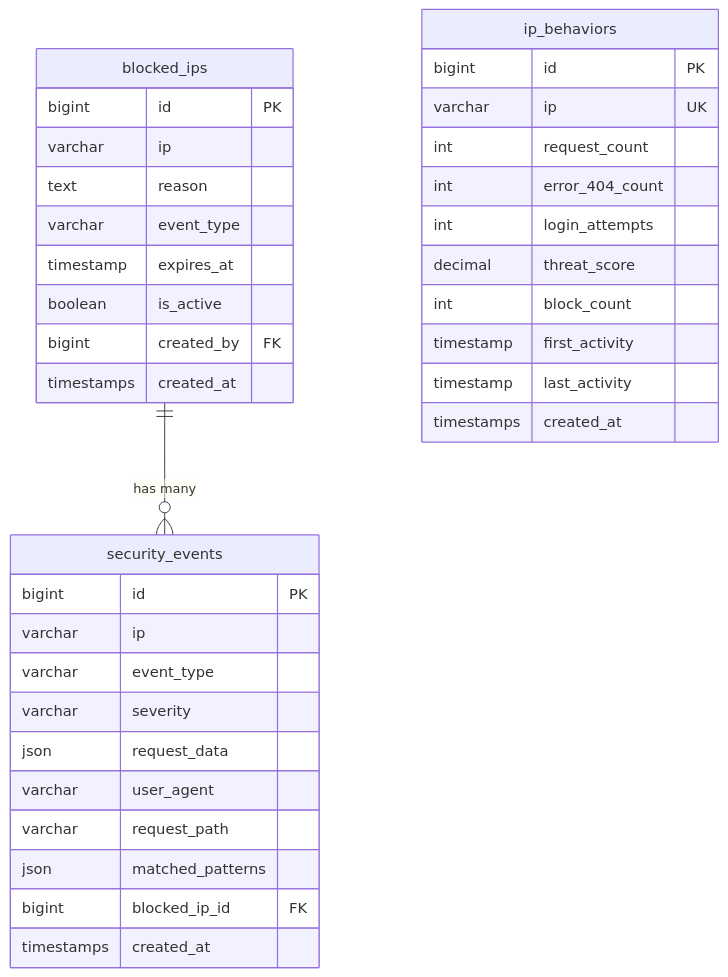
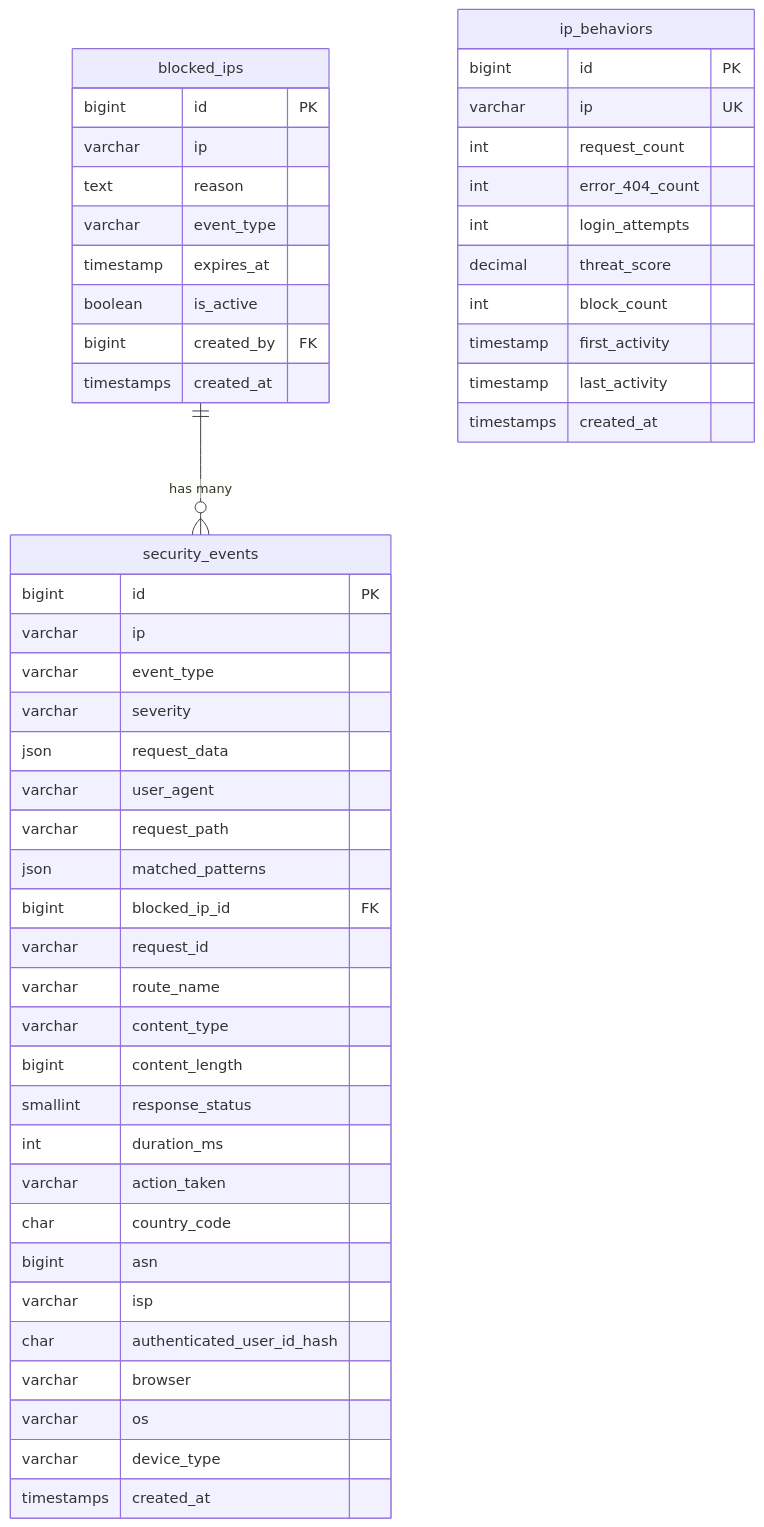
One commit to RiloArbabillah/crowdsec changed the first of 2 diagrams in docs/PRD.md. Above: the diagram before and after it, drawn with Mermaid. The commit also changed other lines of this file and 20 other files, not shown here.

````diff
--- a/docs/PRD.md
+++ b/docs/PRD.md
@@ -285,41 +290,55 @@
 ```mermaid
 erDiagram
     blocked_ips {
         bigint id PK
         varchar ip
         text reason
         varchar event_type
         timestamp expires_at
         boolean is_active
         bigint created_by FK
         timestamps created_at
     }
 
     ip_behaviors {
         bigint id PK
         varchar ip UK
         int request_count
         int error_404_count
         int login_attempts
         decimal threat_score
         int block_count
         timestamp first_activity
         timestamp last_activity
         timestamps created_at
     }
 
     security_events {
         bigint id PK
         varchar ip
         varchar event_type
         varchar severity
         json request_data
         varchar user_agent
         varchar request_path
         json matched_patterns
         bigint blocked_ip_id FK
+        varchar request_id
+        varchar route_name
+        varchar content_type
+        bigint content_length
+        smallint response_status
+        int duration_ms
+        varchar action_taken
+        char country_code
+        bigint asn
+        varchar isp
+        char authenticated_user_id_hash
+        varchar browser
+        varchar os
+        varchar device_type
         timestamps created_at
     }
 
     blocked_ips ||--o{ security_events : "has many"
 ```
````
